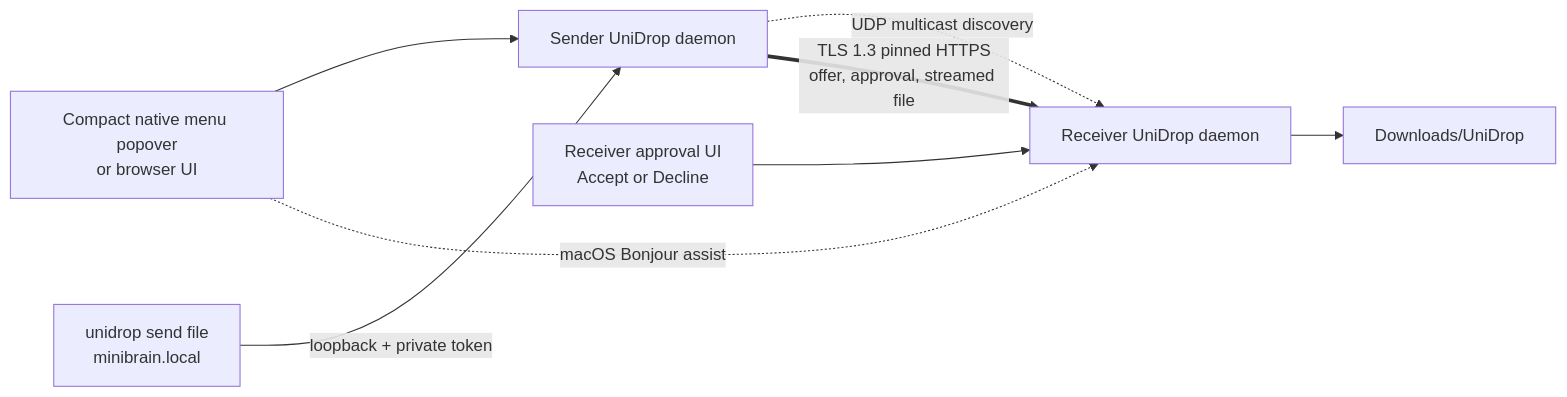
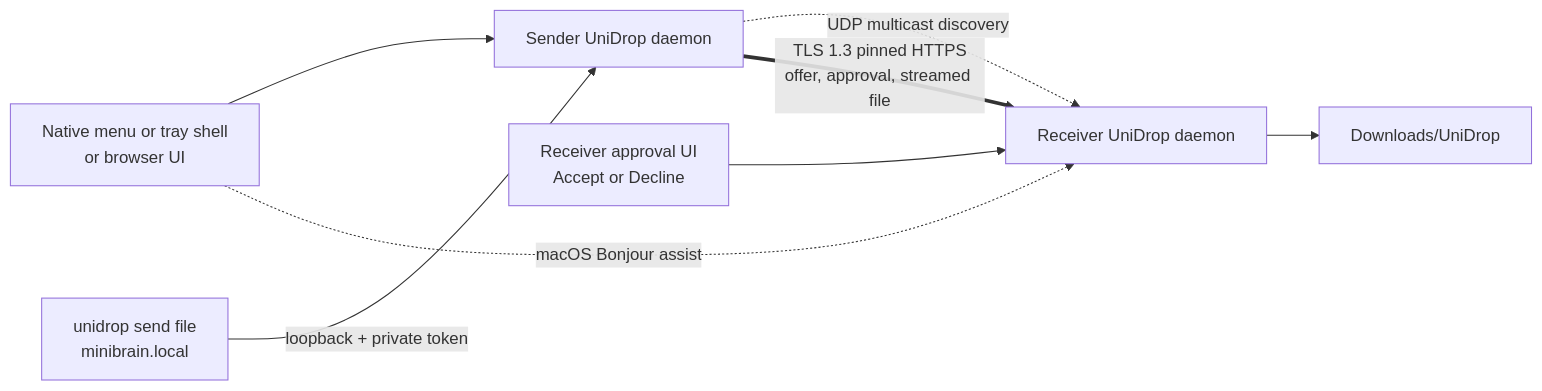
Before and after one commit to lalomorales22/unidrop: the diagram in docs/ARCHITECTURE.md, drawn with Mermaid. The commit also changed other lines of this file and 386 other files, not shown here.

Commit message:
Add native Linux tray indicator

````diff
--- a/docs/ARCHITECTURE.md
+++ b/docs/ARCHITECTURE.md
@@ -18,10 +18,10 @@
 ```mermaid
 flowchart LR
-    UIA["Compact native menu popover\nor browser UI"] --> DA["Sender UniDrop daemon"]
+    UIA["Native menu or tray shell\nor browser UI"] --> DA["Sender UniDrop daemon"]
     CLIA["unidrop send file\nminibrain.local"] -->|"loopback + private token"| DA
     DA -. "UDP multicast discovery" .-> DB["Receiver UniDrop daemon"]
     UIA -. "macOS Bonjour assist" .-> DB
     DA == "TLS 1.3 pinned HTTPS\noffer, approval, streamed file" ==> DB
     DB --> DL["Downloads/UniDrop"]
     UIB["Receiver approval UI\nAccept or Decline"] --> DB
 ```
````
